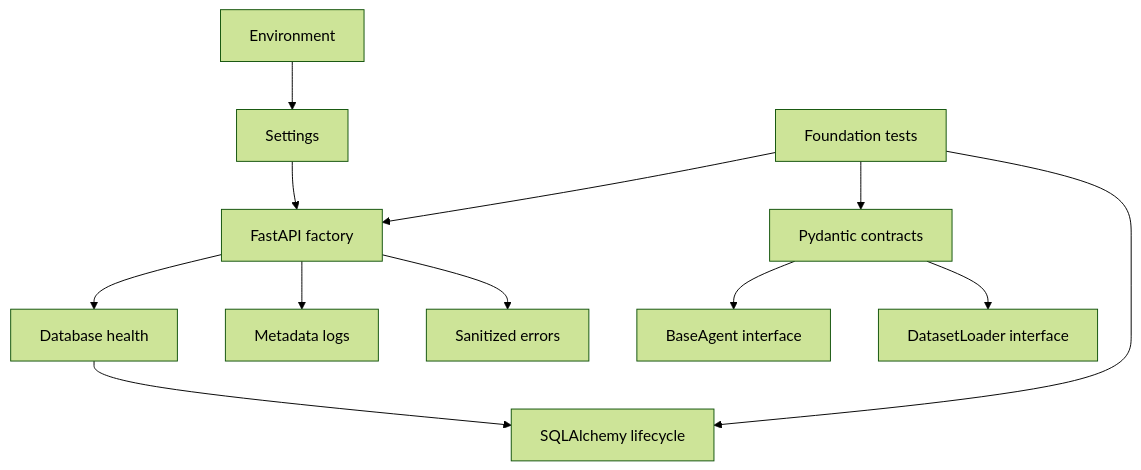
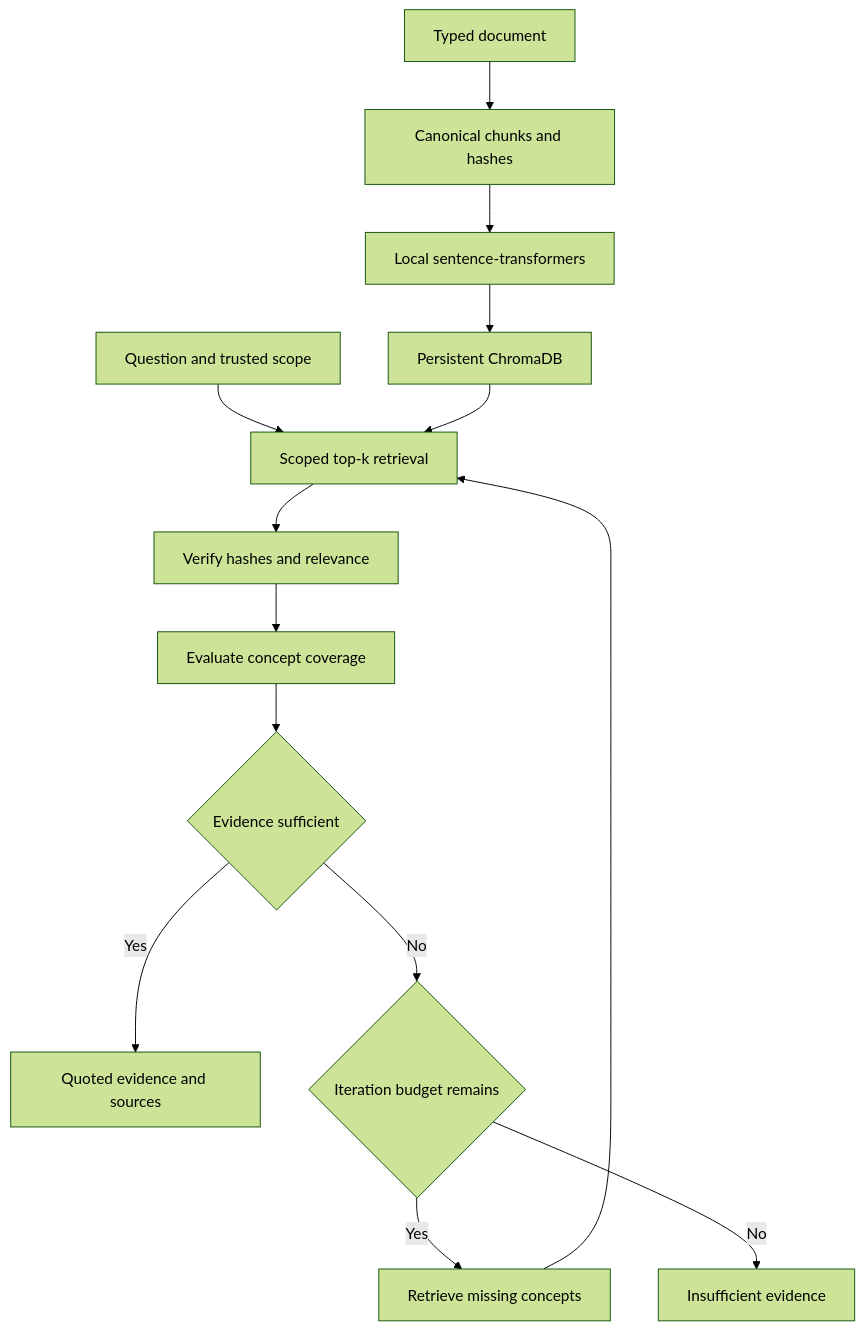
One commit to Ashproxx/Retail_Operations changed the diagram in docs/knowledge_graph/BRANCH_KNOWLEDGE_GRAPH.md. Above: the diagram before and after it, drawn with Mermaid (forest theme). The commit also changed other lines of this file and 13 other files, not shown here.

Commit message:
feat(rag): add local vector retrieval and bounded evidence verification

````diff
--- a/docs/knowledge_graph/BRANCH_KNOWLEDGE_GRAPH.md
+++ b/docs/knowledge_graph/BRANCH_KNOWLEDGE_GRAPH.md
@@ -5,14 +5,16 @@
 ```mermaid
 flowchart TD
-    env[Environment] --> config[Settings]
-    config --> app[FastAPI factory]
-    app --> health[Database health]
-    health --> db[SQLAlchemy lifecycle]
-    app --> logs[Metadata logs]
-    app --> errors[Sanitized errors]
-    contracts[Pydantic contracts] --> agents[BaseAgent interface]
-    contracts --> dataset[DatasetLoader interface]
-    tests[Foundation tests] --> app
-    tests --> db
-    tests --> contracts
+ document[Typed document] --> chunk[Canonical chunks and hashes]
+ chunk --> embedding[Local sentence-transformers]
+ embedding --> store[Persistent ChromaDB]
+ query[Question and trusted scope] --> retrieve[Scoped top-k retrieval]
+ store --> retrieve
+ retrieve --> verify[Verify hashes and relevance]
+ verify --> reason[Evaluate concept coverage]
+ reason --> sufficient{Evidence sufficient}
+ sufficient -->|Yes| answer[Quoted evidence and sources]
+ sufficient -->|No| limit{Iteration budget remains}
+ limit -->|Yes| rewrite[Retrieve missing concepts]
+ rewrite --> retrieve
+ limit -->|No| missing[Insufficient evidence]
 ```
````
